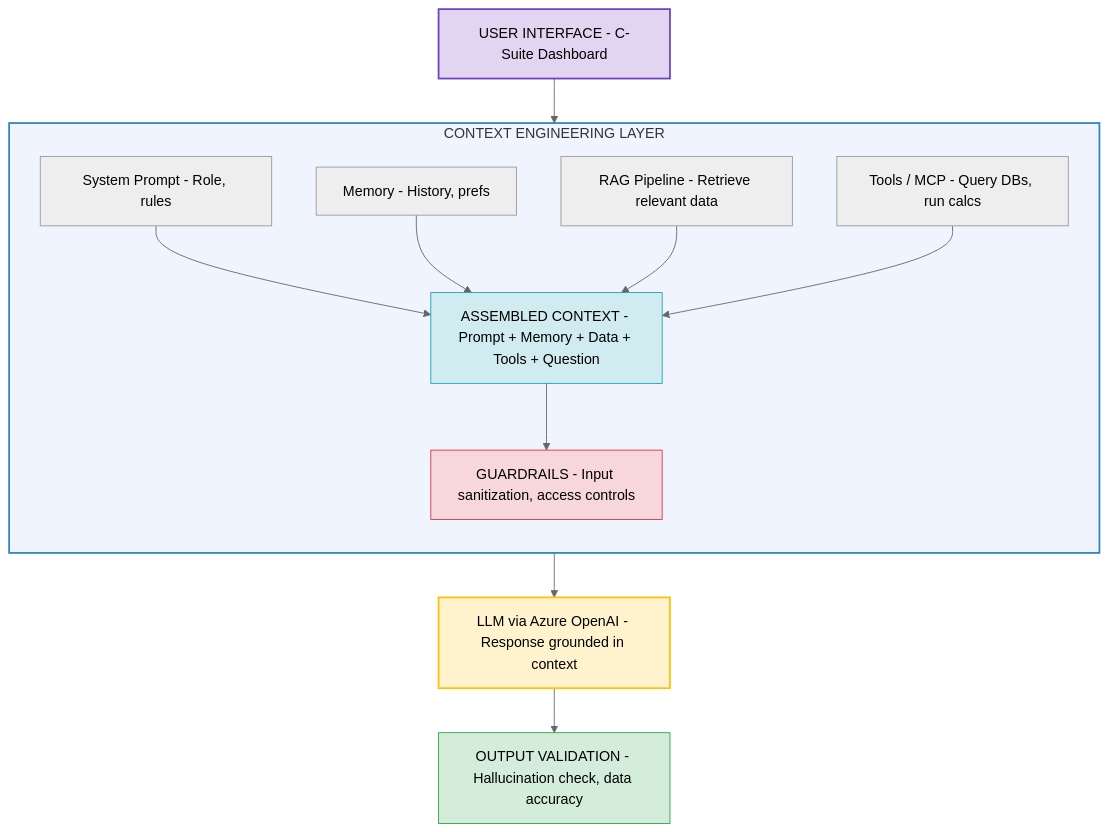
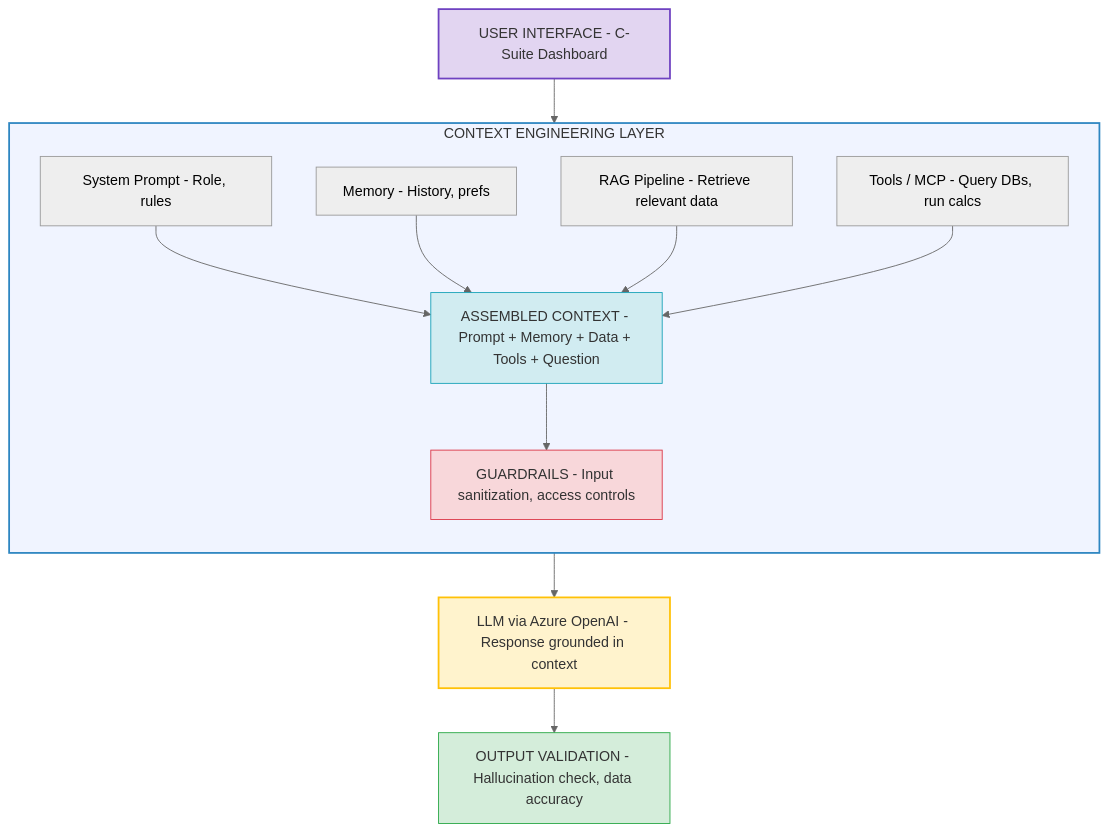
Before and after one commit to ithinktavo/GenAI-Engineering-Handbook: the fourth of 4 diagrams in docs/01-prompt-engineering-to-context-engineering.md, drawn with Mermaid (neutral theme). The commit also changed other lines of this file and 9 other files, not shown here.

Commit message:
Fix Mermaid diagram text contrast: add color:#333 for readable dark text on colored backgrounds

````diff
--- a/docs/01-prompt-engineering-to-context-engineering.md
+++ b/docs/01-prompt-engineering-to-context-engineering.md
@@ -521,32 +521,32 @@
 ```mermaid
 graph TD
     UI["USER INTERFACE - C-Suite Dashboard"]
 
     UI --> CEL
 
     subgraph CEL["CONTEXT ENGINEERING LAYER"]
         direction TB
         SP["System Prompt - Role, rules"]
         MEM["Memory - History, prefs"]
         RAGP["RAG Pipeline - Retrieve relevant data"]
         MCP["Tools / MCP - Query DBs, run calcs"]
 
         SP --> ASM
         MEM --> ASM
         RAGP --> ASM
         MCP --> ASM
 
         ASM["ASSEMBLED CONTEXT - Prompt + Memory + Data + Tools + Question"]
         ASM --> GR["GUARDRAILS - Input sanitization, access controls"]
     end
 
     GR --> LLM["LLM via Azure OpenAI - Response grounded in context"]
     LLM --> OUT["OUTPUT VALIDATION - Hallucination check, data accuracy"]
 
-    style UI fill:#e2d5f1,stroke:#6f42c1,stroke-width:2px
-    style CEL fill:#f0f4ff,stroke:#2E86C1,stroke-width:2px
-    style ASM fill:#d1ecf1,stroke:#17a2b8
-    style GR fill:#f8d7da,stroke:#dc3545
-    style LLM fill:#fff3cd,stroke:#ffc107,stroke-width:2px
-    style OUT fill:#d4edda,stroke:#28a745
+    style UI fill:#e2d5f1,stroke:#6f42c1,stroke-width:2px,color:#333
+    style CEL fill:#f0f4ff,stroke:#2E86C1,stroke-width:2px,color:#333
+    style ASM fill:#d1ecf1,stroke:#17a2b8,color:#333
+    style GR fill:#f8d7da,stroke:#dc3545,color:#333
+    style LLM fill:#fff3cd,stroke:#ffc107,stroke-width:2px,color:#333
+    style OUT fill:#d4edda,stroke:#28a745,color:#333
 ```
````
